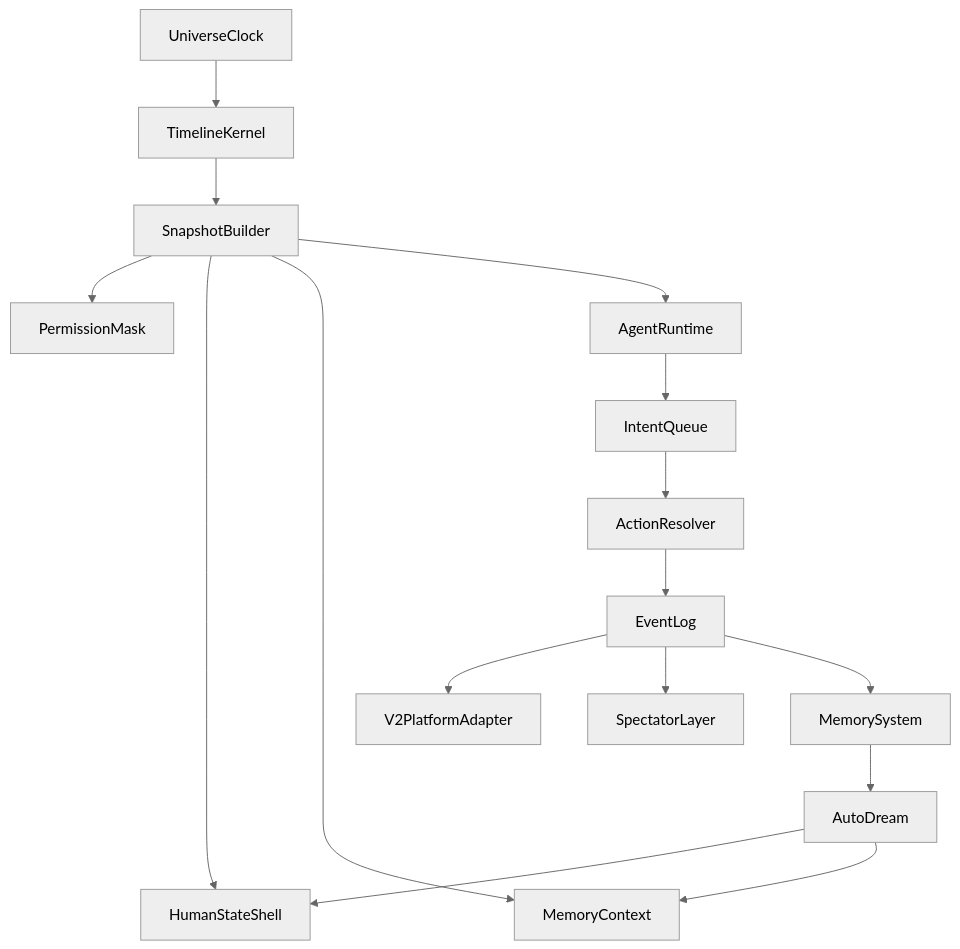
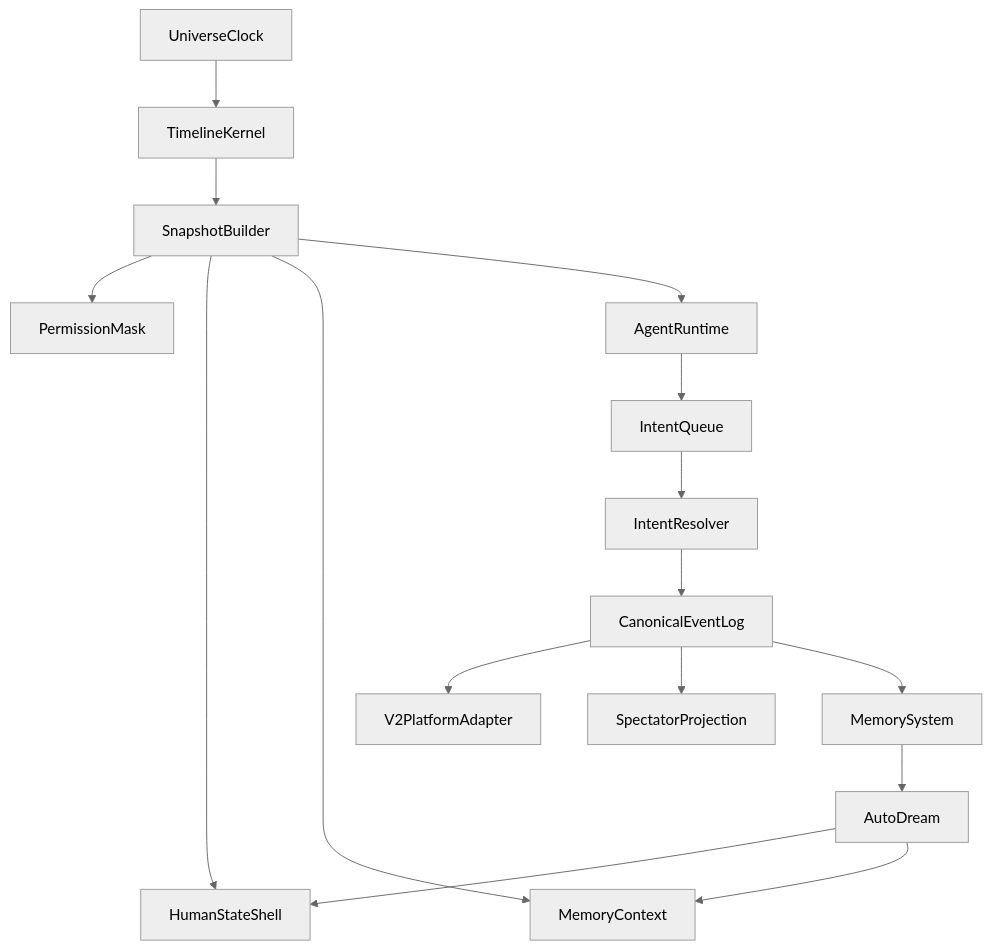
One commit to caiotheodoro/perfectman changed diagram 17 of 19 in docs/architecture/social-presence.md. Above: the diagram before and after it, drawn with Mermaid (neutral theme). The commit also changed other lines of this file and 12 other files, not shown here.

Commit message:
docs: align LLM runtime with delivery architecture

````diff
--- a/docs/architecture/social-presence.md
+++ b/docs/architecture/social-presence.md
@@ -1408,18 +1417,18 @@
 ```mermaid
 flowchart TD
     universeClock[UniverseClock] --> timelineKernel[TimelineKernel]
     timelineKernel --> snapshotBuilder[SnapshotBuilder]
     snapshotBuilder --> permissionMask[PermissionMask]
     snapshotBuilder --> stateShell[HumanStateShell]
     snapshotBuilder --> memoryContext[MemoryContext]
     snapshotBuilder --> agentRuntime[AgentRuntime]
     agentRuntime --> intentQueue[IntentQueue]
-    intentQueue --> actionResolver[ActionResolver]
-    actionResolver --> eventLog[EventLog]
+    intentQueue --> intentResolver[IntentResolver]
+    intentResolver --> eventLog[CanonicalEventLog]
     eventLog --> v2PlatformAdapter[V2PlatformAdapter]
-    eventLog --> spectatorLayer[SpectatorLayer]
+    eventLog --> spectatorProjection[SpectatorProjection]
     eventLog --> memorySystem[MemorySystem]
     memorySystem --> autoDream[AutoDream]
     autoDream --> stateShell
     autoDream --> memoryContext
 ```
````
